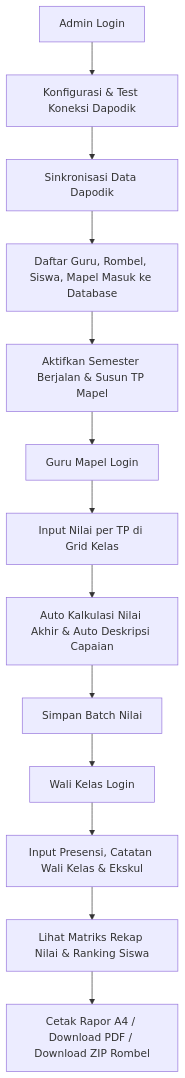
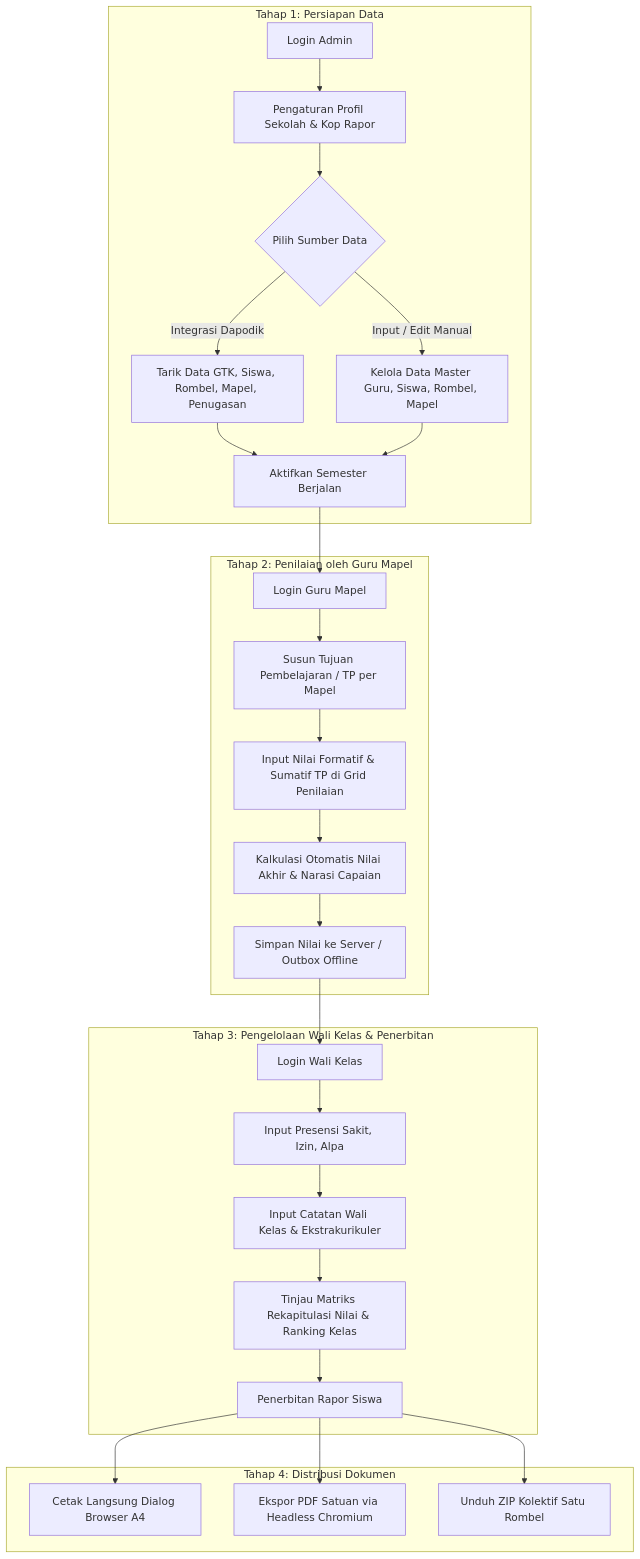
The diagram in README.md (ferdiannada/mid-rapor-smk), drawn with Mermaid before and after one commit. The commit also changed other lines of this file, not shown here.

````diff
--- a/README.md
+++ b/README.md
@@ -157,15 +9,33 @@
 ```mermaid
 flowchart TD
-    A[Admin Login] --> B[Konfigurasi & Test Koneksi Dapodik]
-    B --> C[Sinkronisasi Data Dapodik]
-    C --> D[Daftar Guru, Rombel, Siswa, Mapel Masuk ke Database]
-    D --> E[Aktifkan Semester Berjalan & Susun TP Mapel]
-    E --> F[Guru Mapel Login]
-    F --> G[Input Nilai per TP di Grid Kelas]
-    G --> H[Auto Kalkulasi Nilai Akhir & Auto Deskripsi Capaian]
-    H --> I[Simpan Batch Nilai]
-    I --> J[Wali Kelas Login]
-    J --> K[Input Presensi, Catatan Wali Kelas & Ekskul]
-    K --> L[Lihat Matriks Rekap Nilai & Ranking Siswa]
-    L --> M[Cetak Rapor A4 / Download PDF / Download ZIP Rombel]
+    subgraph Tahap 1: Persiapan Data
+        A[Login Admin] --> B[Pengaturan Profil Sekolah & Kop Rapor]
+        B --> C{Pilih Sumber Data}
+        C -->|Integrasi Dapodik| D[Tarik Data GTK, Siswa, Rombel, Mapel, Penugasan]
+        C -->|Input / Edit Manual| E[Kelola Data Master Guru, Siswa, Rombel, Mapel]
+        D --> F[Aktifkan Semester Berjalan]
+        E --> F
+    end
+
+    subgraph Tahap 2: Penilaian oleh Guru Mapel
+        F --> G[Login Guru Mapel]
+        G --> H[Susun Tujuan Pembelajaran / TP per Mapel]
+        H --> I[Input Nilai Formatif & Sumatif TP di Grid Penilaian]
+        I --> J[Kalkulasi Otomatis Nilai Akhir & Narasi Capaian]
+        J --> K[Simpan Nilai ke Server / Outbox Offline]
+    end
+
+    subgraph Tahap 3: Pengelolaan Wali Kelas & Penerbitan
+        K --> L[Login Wali Kelas]
+        L --> M[Input Presensi Sakit, Izin, Alpa]
+        M --> N[Input Catatan Wali Kelas & Ekstrakurikuler]
+        N --> O[Tinjau Matriks Rekapitulasi Nilai & Ranking Kelas]
+        O --> P[Penerbitan Rapor Siswa]
+    end
+
+    subgraph Tahap 4: Distribusi Dokumen
+        P --> Q[Cetak Langsung Dialog Browser A4]
+        P --> R[Ekspor PDF Satuan via Headless Chromium]
+        P --> S[Unduh ZIP Kolektif Satu Rombel]
+    end
 ```
````
